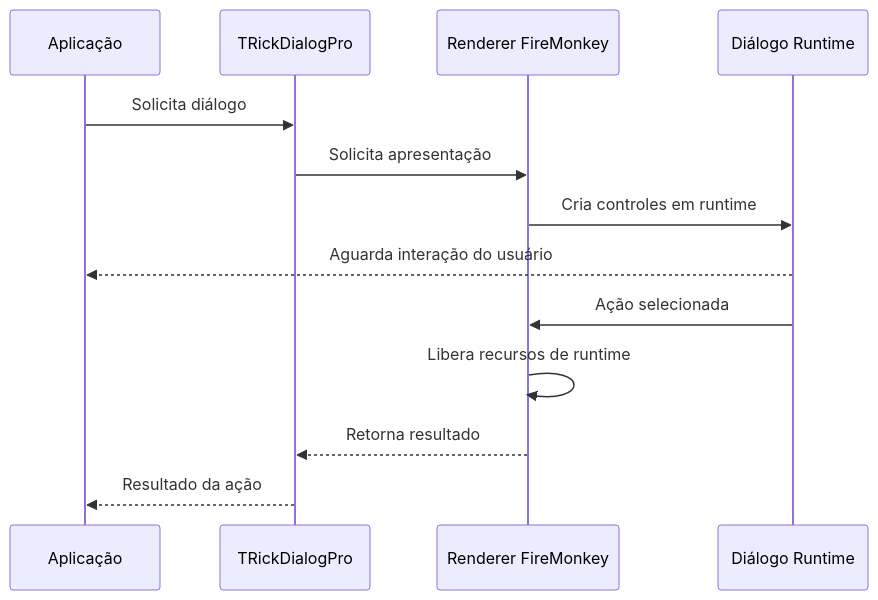
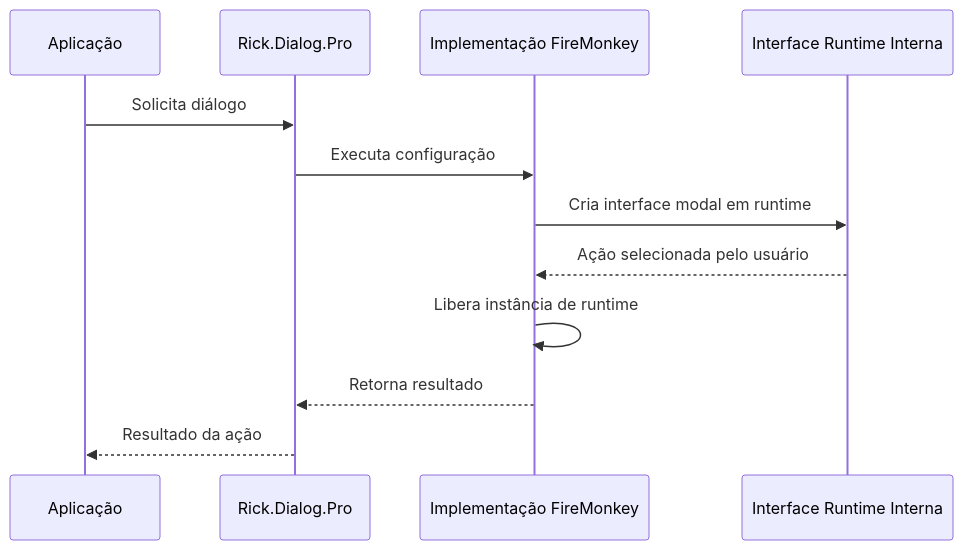
Before and after one commit to ricksolucoes/RickDialogPro: the second of 2 diagrams in README.pt-BR.md, drawn with Mermaid. The commit also changed other lines of this file and 27 other files, not shown here.

````diff
--- a/README.pt-BR.md
+++ b/README.pt-BR.md
@@ -207,16 +248,15 @@
 ```mermaid
 sequenceDiagram
     participant App as Aplicação
-    participant API as TRickDialogPro
-    participant UI as Renderer FireMonkey
-    participant Modal as Diálogo Runtime
+    participant API as Rick.Dialog.Pro
+    participant Impl as Implementação FireMonkey
+    participant Modal as Interface Runtime Interna
 
     App->>API: Solicita diálogo
-    API->>UI: Solicita apresentação
-    UI->>Modal: Cria controles em runtime
-    Modal-->>App: Aguarda interação do usuário
-    Modal->>UI: Ação selecionada
-    UI->>UI: Libera recursos de runtime
-    UI-->>API: Retorna resultado
+    API->>Impl: Executa configuração
+    Impl->>Modal: Cria interface modal em runtime
+    Modal-->>Impl: Ação selecionada pelo usuário
+    Impl->>Impl: Libera instância de runtime
+    Impl-->>API: Retorna resultado
     API-->>App: Resultado da ação
 ```
````
